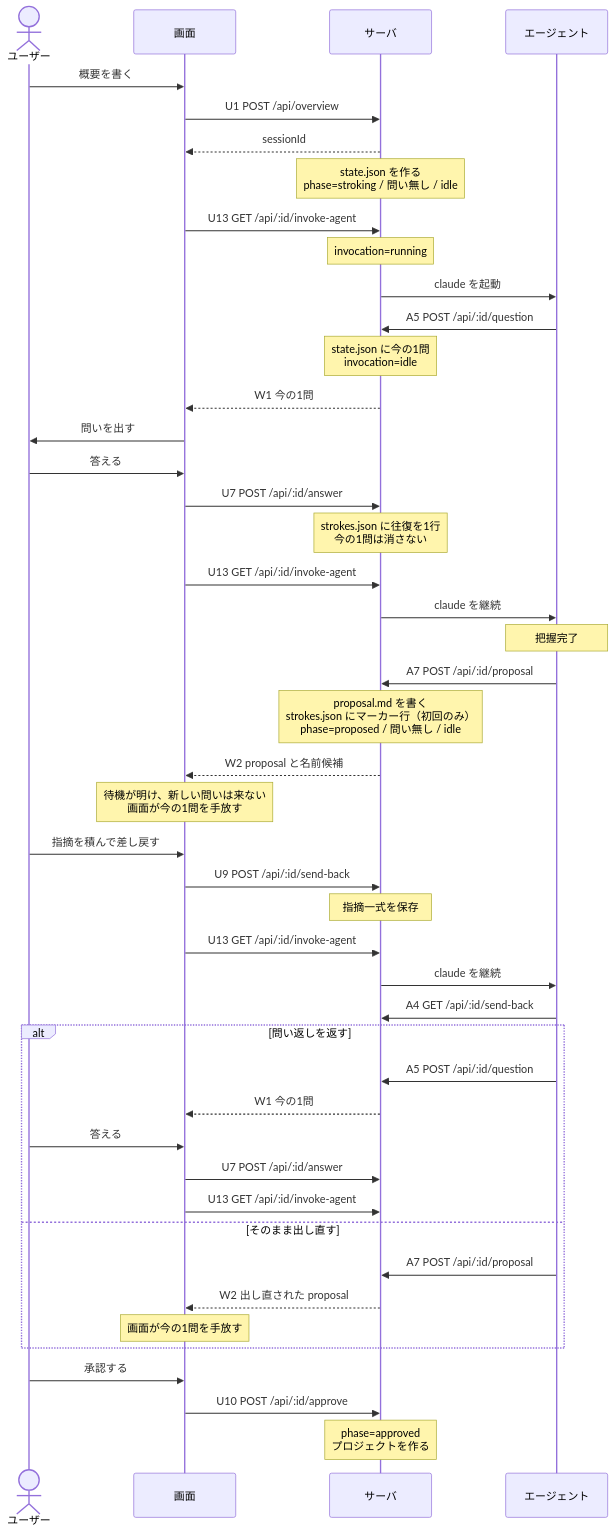
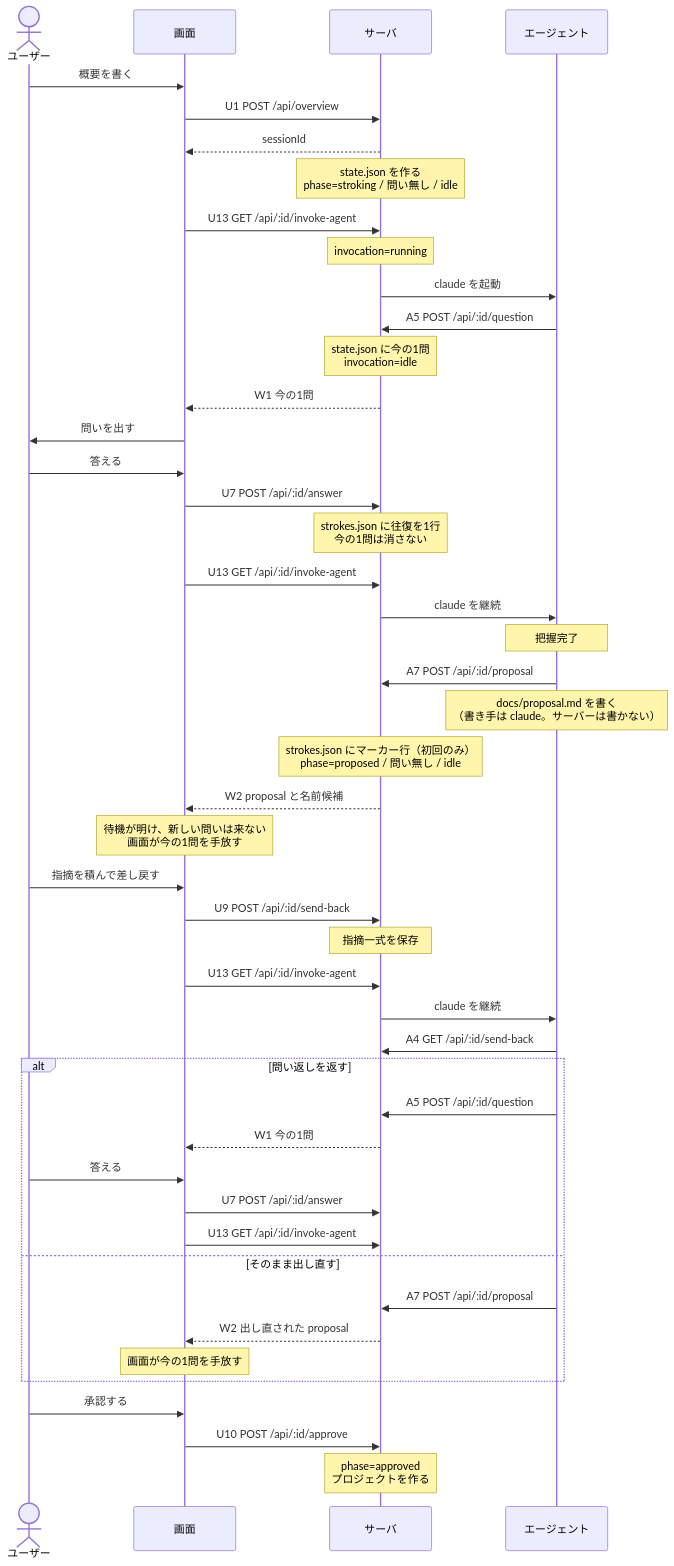
Before and after one commit to grrowapp/stroke: the first of 3 diagrams in docs/specs/architecture/question-flow.md, drawn with Mermaid. The commit also changed other lines of this file and 93 other files, not shown here.

````diff
--- a/docs/specs/architecture/question-flow.md
+++ b/docs/specs/architecture/question-flow.md
@@ -15,55 +15,56 @@
 ```mermaid
 sequenceDiagram
     actor U as ユーザー
     participant V as 画面
     participant S as サーバ
     participant A as エージェント
 
     U->>V: 概要を書く
     V->>S: U1 POST /api/overview
     S-->>V: sessionId
     Note over S: state.json を作る<br/>phase=stroking / 問い無し / idle
     V->>S: U13 GET /api/:id/invoke-agent
     Note over S: invocation=running
     S->>A: claude を起動
 
     A->>S: A5 POST /api/:id/question
     Note over S: state.json に今の1問<br/>invocation=idle
     S-->>V: W1 今の1問
     V->>U: 問いを出す
 
     U->>V: 答える
     V->>S: U7 POST /api/:id/answer
     Note over S: strokes.json に往復を1行<br/>今の1問は消さない
     V->>S: U13 GET /api/:id/invoke-agent
     S->>A: claude を継続
 
     Note over A: 把握完了
     A->>S: A7 POST /api/:id/proposal
-    Note over S: proposal.md を書く<br/>strokes.json にマーカー行（初回のみ）<br/>phase=proposed / 問い無し / idle
+    Note over A: docs/proposal.md を書く<br/>（書き手は claude。サーバーは書かない）
+    Note over S: strokes.json にマーカー行（初回のみ）<br/>phase=proposed / 問い無し / idle
     S-->>V: W2 proposal と名前候補
     Note over V: 待機が明け、新しい問いは来ない<br/>画面が今の1問を手放す
 
     U->>V: 指摘を積んで差し戻す
     V->>S: U9 POST /api/:id/send-back
     Note over S: 指摘一式を保存
     V->>S: U13 GET /api/:id/invoke-agent
     S->>A: claude を継続
     A->>S: A4 GET /api/:id/send-back
 
     alt 問い返しを返す
         A->>S: A5 POST /api/:id/question
         S-->>V: W1 今の1問
         U->>V: 答える
         V->>S: U7 POST /api/:id/answer
         V->>S: U13 GET /api/:id/invoke-agent
     else そのまま出し直す
         A->>S: A7 POST /api/:id/proposal
         S-->>V: W2 出し直された proposal
         Note over V: 画面が今の1問を手放す
     end
 
     U->>V: 承認する
     V->>S: U10 POST /api/:id/approve
     Note over S: phase=approved<br/>プロジェクトを作る
 ```
````
